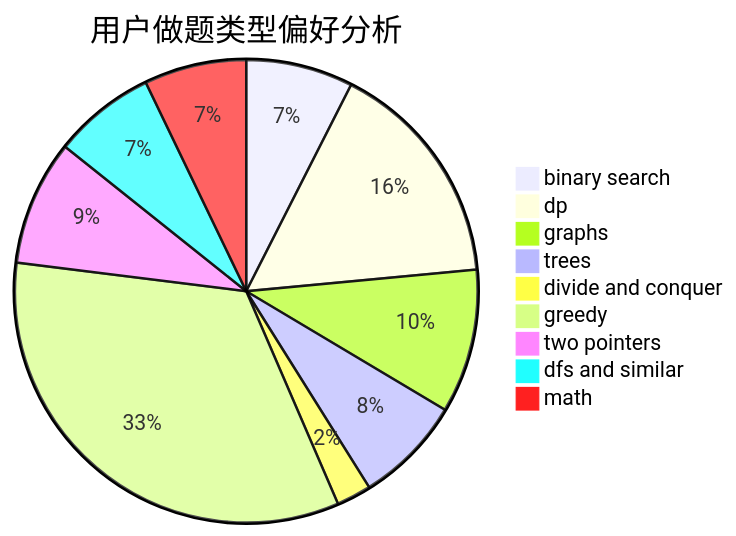
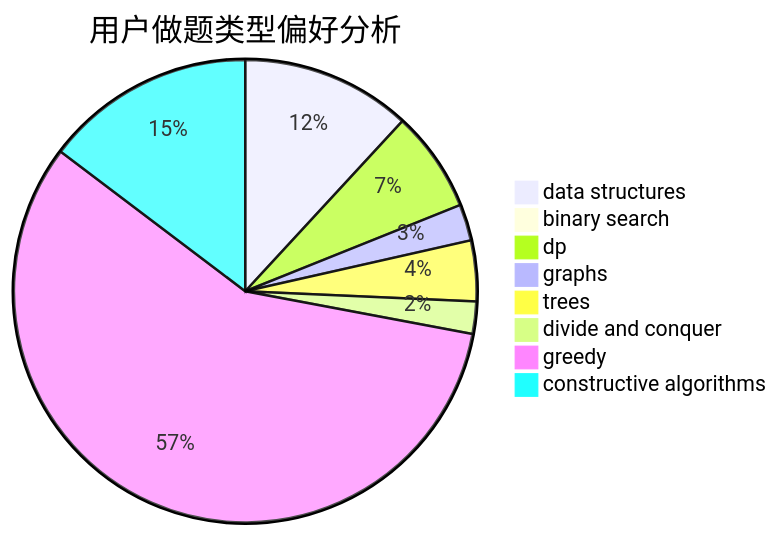
Before and after one commit to sherpahu/cfrs.github.io: the second of 3 diagrams in docs/user/u76.md, drawn with Mermaid. The commit also changed other lines of this file and 2775 other files, not shown here.

````diff
--- a/docs/user/u76.md
+++ b/docs/user/u76.md
@@ -23,12 +23,11 @@
 ```mermaid
 pie title 用户做题类型偏好分析
-    "binary search" :  154
-    "dp" :  330
-    "graphs" :  207
-    "trees" :  155
-    "divide and conquer" :  50
-    "greedy" :  689
-    "two pointers" :  180
-    "dfs and similar" :  147
-    "math" :  147
+    "data structures" :  42
+    "binary search" :  2
+    "dp" :  25
+    "graphs" :  9
+    "trees" :  15
+    "divide and conquer" :  8
+    "greedy" :  203
+    "constructive algorithms" :  52
 ```
````
